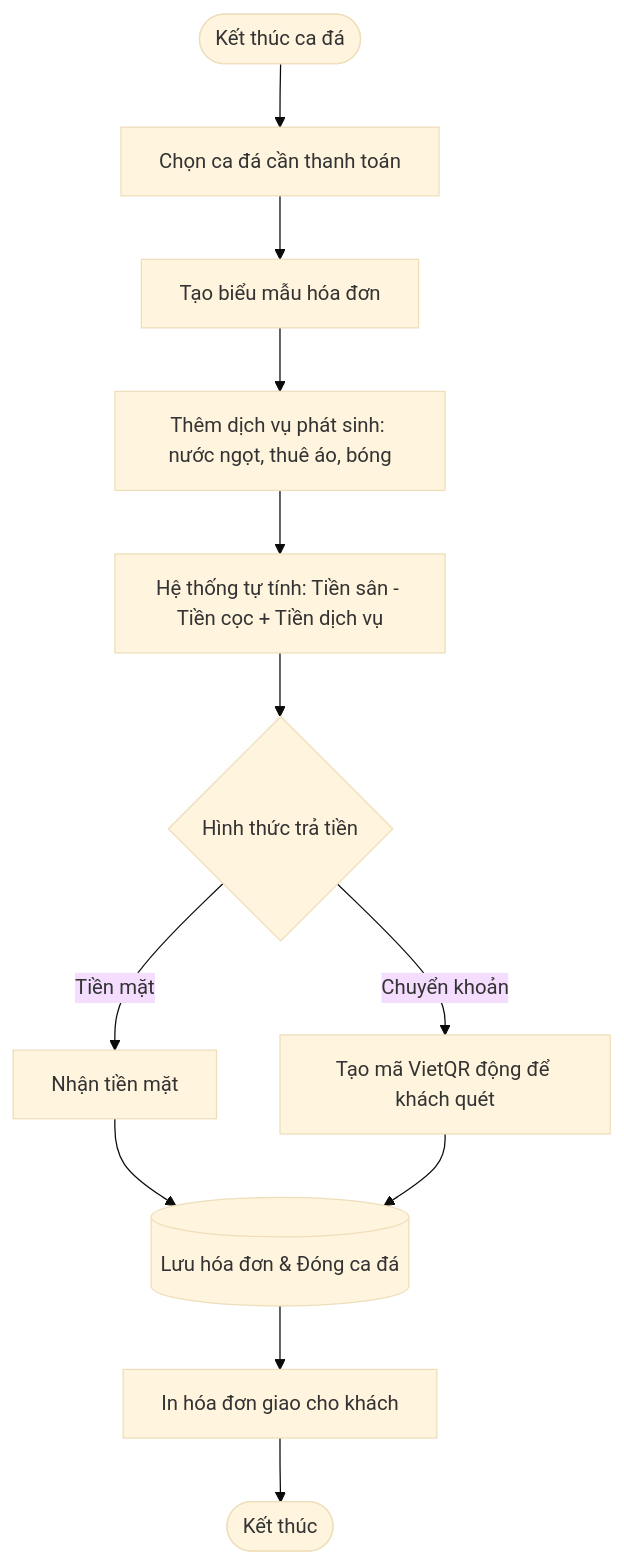
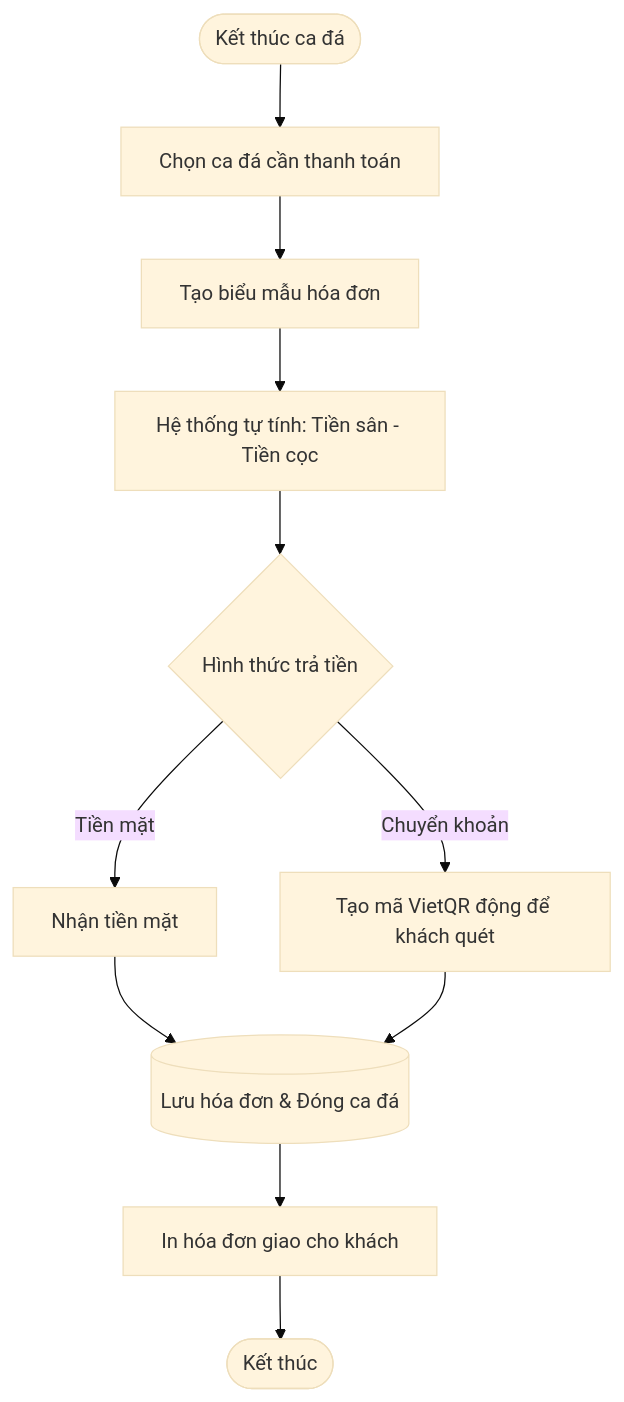
Before and after one commit to ngkhson/football-pitch-management-system: diagram 13 of 18 in docs/CHIEU_CHUAN_CHUONG_3_YEU_CAU_CHUC_NANG_FPMS.md, drawn with Mermaid (base theme). The commit also changed other lines of this file and 1 other file, not shown here.

````diff
--- a/docs/CHIEU_CHUAN_CHUONG_3_YEU_CAU_CHUC_NANG_FPMS.md
+++ b/docs/CHIEU_CHUAN_CHUONG_3_YEU_CAU_CHUC_NANG_FPMS.md
@@ -810,13 +863,12 @@
 ```mermaid
 flowchart TD
     Start([Kết thúc ca đá]) --> SelectMatch[Chọn ca đá cần thanh toán]
     SelectMatch --> OpenInvoice[Tạo biểu mẫu hóa đơn]
-    OpenInvoice --> AddService[Thêm dịch vụ phát sinh: nước ngọt, thuê áo, bóng]
-    AddService --> CalcTotal[Hệ thống tự tính: Tiền sân - Tiền cọc + Tiền dịch vụ]
+    OpenInvoice --> CalcTotal[Hệ thống tự tính: Tiền sân - Tiền cọc]
     CalcTotal --> PayMethod{Hình thức trả tiền}
     PayMethod -- Tiền mặt --> RecvCash[Nhận tiền mặt]
     PayMethod -- Chuyển khoản --> GenVietQR[Tạo mã VietQR động để khách quét]
     RecvCash --> CompleteBill[(Lưu hóa đơn & Đóng ca đá)]
     GenVietQR --> CompleteBill
     CompleteBill --> PrintBill[In hóa đơn giao cho khách] --> End([Kết thúc])
 ```
````
